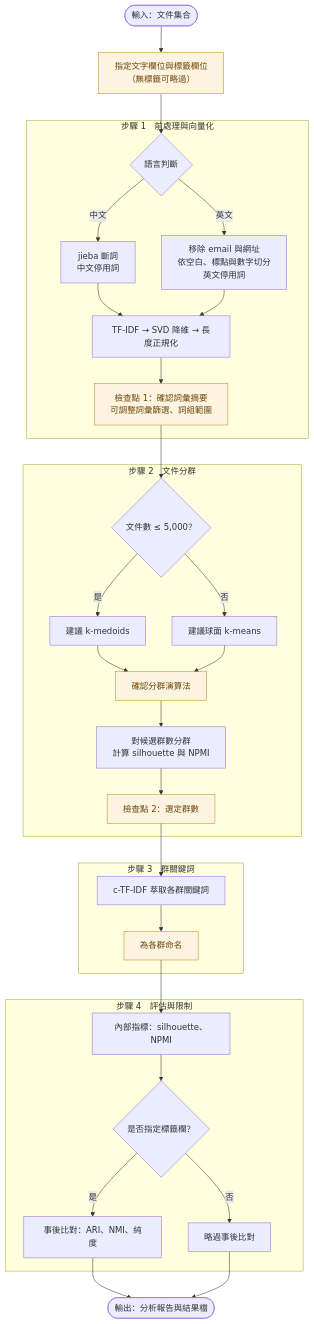
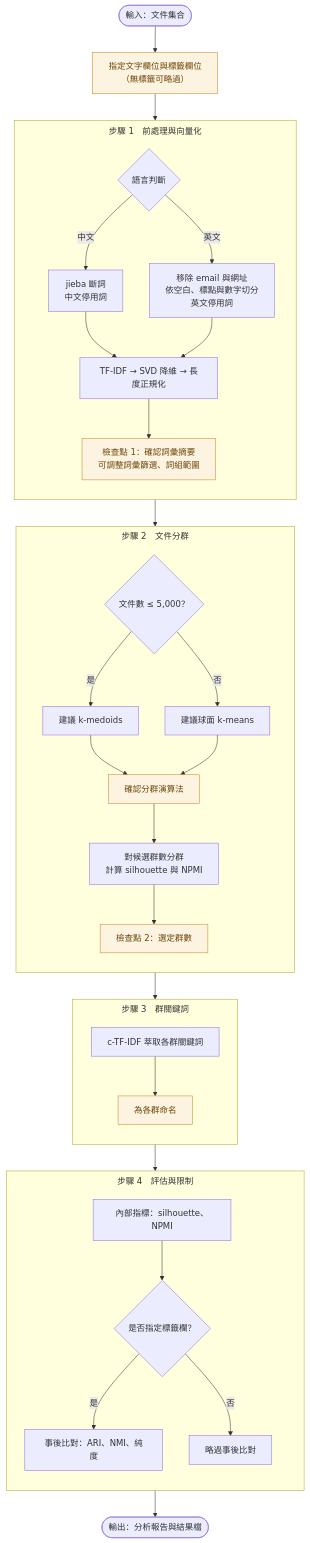
The diagram in README.md (Laidym/Unsupervised-Learning---Document-Clustering), drawn with Mermaid before and after one commit. The commit also changed other lines of this file and 4 other files, not shown here.

First line of the commit message:
流程圖箭頭不再穿過步驟標題；說明 5,000 門檻的依據；SVD 維度說明改為 min(100, n−1, m−1)

````diff
--- a/README.md
+++ b/README.md
@@ -30,42 +30,52 @@
 ``` mermaid
+---
+config:
+  flowchart:
+    subGraphTitleMargin:
+      top: 8
+      bottom: 8
+---
 flowchart TD
   A(["輸入：文件集合"]) --> B["指定文字欄位與標籤欄位<br/>（無標籤可略過）"]:::user
 
   subgraph S1["步驟 1　前處理與向量化"]
+    direction TB
     C{"語言判斷"}
     C -->|中文| D1["jieba 斷詞<br/>中文停用詞"]
     C -->|英文| D2["移除 email 與網址<br/>依空白、標點與數字切分<br/>英文停用詞"]
     D1 --> E["TF-IDF → SVD 降維 → 長度正規化"]
     D2 --> E
     E --> CP1["檢查點 1：確認詞彙摘要<br/>可調整詞彙篩選、詞組範圍"]:::user
   end
 
   subgraph S2["步驟 2　文件分群"]
+    direction TB
     N{"文件數 ≤ 5,000？"}
     N -->|是| M1["建議 k-medoids"]
     N -->|否| M2["建議球面 k-means"]
     M1 --> U["確認分群演算法"]:::user
     M2 --> U
     U --> F["對候選群數分群<br/>計算 silhouette 與 NPMI"]
     F --> CP2["檢查點 2：選定群數"]:::user
   end
 
   subgraph S3["步驟 3　群關鍵詞"]
+    direction TB
     G["c-TF-IDF 萃取各群關鍵詞"] --> NM["為各群命名"]:::user
   end
 
   subgraph S4["步驟 4　評估與限制"]
+    direction TB
     I["內部指標：silhouette、NPMI"] --> J{"是否指定標籤欄？"}
     J -->|是| K["事後比對：ARI、NMI、純度"]
     J -->|否| L["略過事後比對"]
   end
 
-  B --> C
-  CP1 --> N
-  CP2 --> G
-  NM --> I
-  K --> R(["輸出：分析報告與結果檔"])
-  L --> R
+  B --> S1
+  S1 --> S2
+  S2 --> S3
+  S3 --> S4
+  S4 --> R(["輸出：分析報告與結果檔"])
 
   classDef user fill:#fdf3e1,stroke:#c58a1f,color:#6b4508
 ```
````
